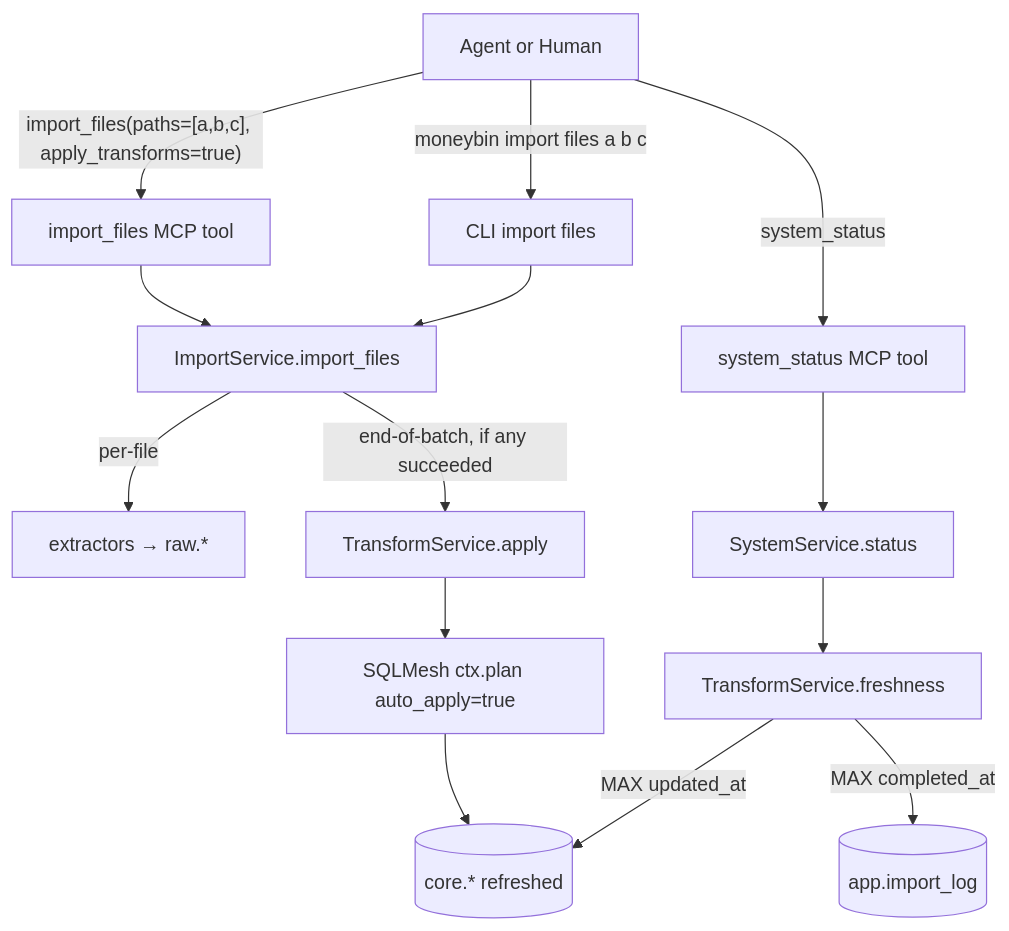
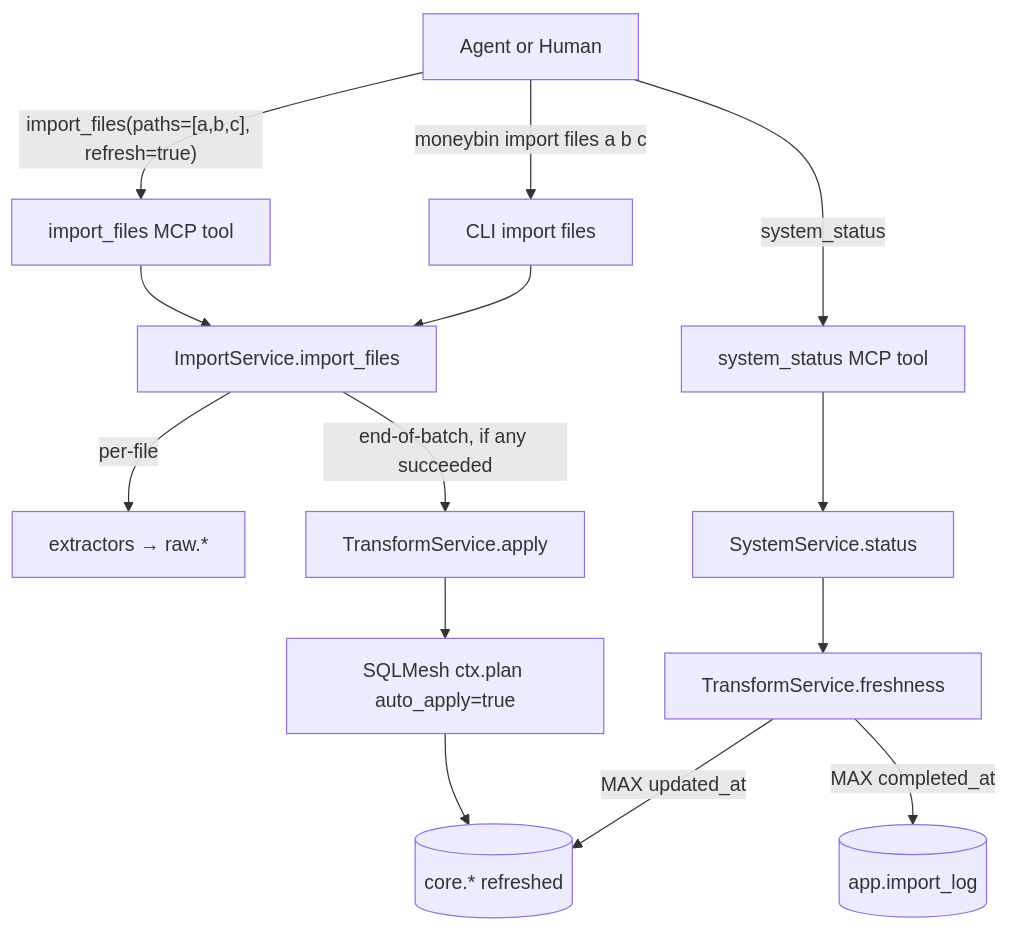
One commit to bsaffel/moneybin changed the diagram in docs/specs/smart-import-transform.md. Above: the diagram before and after it, drawn with Mermaid. The commit also changed other lines of this file and 37 other files, not shown here.

````diff
--- a/docs/specs/smart-import-transform.md
+++ b/docs/specs/smart-import-transform.md
@@ -189,19 +189,19 @@
 ```mermaid
 flowchart TD
     Agent[Agent or Human]
 
-    Agent -->|"import_files(paths=[a,b,c], apply_transforms=true)"| MCP_IF[import_files MCP tool]
+    Agent -->|"import_files(paths=[a,b,c], refresh=true)"| MCP_IF[import_files MCP tool]
     Agent -->|"moneybin import files a b c"| CLI_IF[CLI import files]
     MCP_IF --> IS[ImportService.import_files]
     CLI_IF --> IS
     IS -->|per-file| EX[extractors → raw.*]
     IS -->|"end-of-batch, if any succeeded"| TS_A[TransformService.apply]
     TS_A --> SQLM[SQLMesh ctx.plan auto_apply=true]
     SQLM --> Core[(core.* refreshed)]
 
     Agent -->|system_status| SS[system_status MCP tool]
     SS --> SSvc[SystemService.status]
     SSvc --> TSF[TransformService.freshness]
     TSF -->|MAX updated_at| Core
     TSF -->|MAX completed_at| ImpLog[(app.import_log)]
 ```
````
